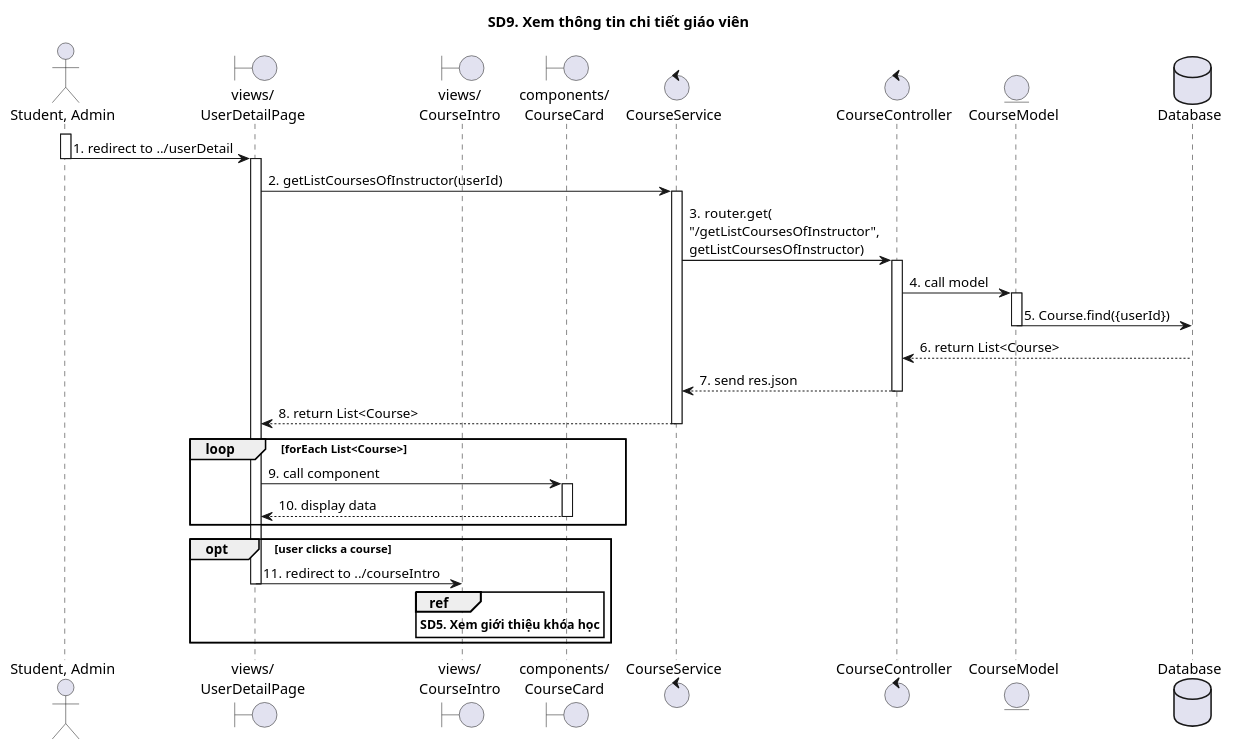
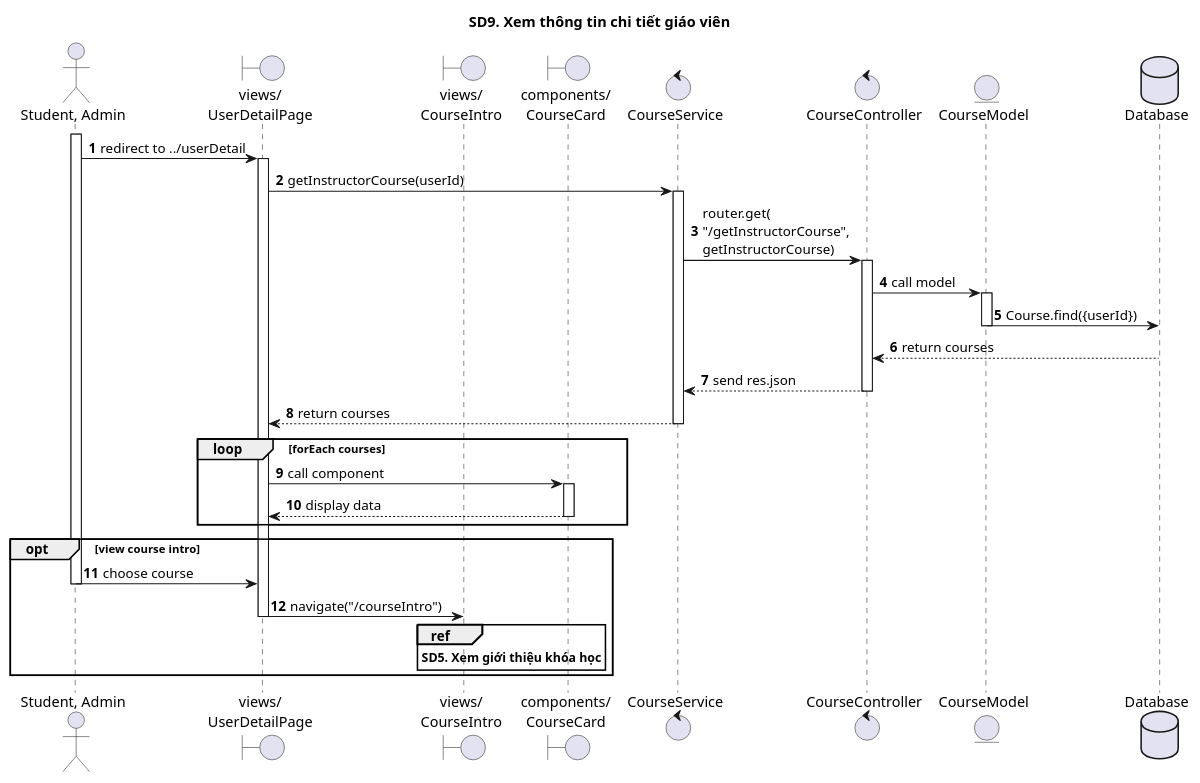
One commit to The-Cookies-Team/UML-Diagrams changed the diagram in SequenceDiagrams/CNPMHDT/sd9.puml. Above: the diagram before and after it, drawn with PlantUML. The commit also changed 5 other files, not shown here.

```diff
--- a/SequenceDiagrams/CNPMHDT/sd9.puml
+++ b/SequenceDiagrams/CNPMHDT/sd9.puml
@@ -1,46 +1,49 @@
-@startuml
+@startuml SQ
+
+autonumber
 
 title SD9. Xem thông tin chi tiết giáo viên
 
 actor "Student, Admin" as Actor
 boundary "views/\nUserDetailPage" as UserDetailPage
 boundary "views/\nCourseIntro" as CourseIntro
 boundary "components/\nCourseCard" as CourseCard
 control "CourseService"
 control "CourseController"
 entity "CourseModel"
 database "Database" as Database
 
 activate Actor
-Actor -> UserDetailPage: 1. redirect to ../userDetail
-deactivate Actor
+Actor -> UserDetailPage: redirect to ../userDetail
 activate UserDetailPage
-UserDetailPage -> CourseService: 2. getListCoursesOfInstructor(userId)
+UserDetailPage -> CourseService: getInstructorCourse(userId)
 activate CourseService
-CourseService -> CourseController: 3. router.get(\n"/getListCoursesOfInstructor",\ngetListCoursesOfInstructor)
+CourseService -> CourseController: router.get(\n"/getInstructorCourse",\ngetInstructorCourse)
 activate CourseController
-CourseController -> CourseModel: 4. call model
+CourseController -> CourseModel: call model
 activate CourseModel
-CourseModel -> Database: 5. Course.find({userId})
+CourseModel -> Database: Course.find({userId})
 deactivate CourseModel
-Database --> CourseController: 6. return List<Course>
+Database --> CourseController: return courses
 deactivate Database
-CourseController --> CourseService: 7. send res.json
+CourseController --> CourseService: send res.json
 deactivate CourseController
-CourseService --> UserDetailPage: 8. return List<Course>
+CourseService --> UserDetailPage: return courses
 deactivate CourseService
-loop forEach List<Course>
-UserDetailPage -> CourseCard: 9. call component
+loop forEach courses
+UserDetailPage -> CourseCard: call component
 activate CourseCard
-CourseCard --> UserDetailPage: 10. display data
+CourseCard --> UserDetailPage: display data
 deactivate CourseCard
 end
-opt user clicks a course
-UserDetailPage -> CourseIntro: 11. redirect to ../courseIntro
+opt view course intro
+Actor -> UserDetailPage: choose course
+deactivate Actor
+UserDetailPage -> CourseIntro: navigate("/courseIntro")
 deactivate UserDetailPage
 ref over CourseIntro
 **SD5. Xem giới thiệu khóa học**
 end ref
 end
 
 @enduml
```
